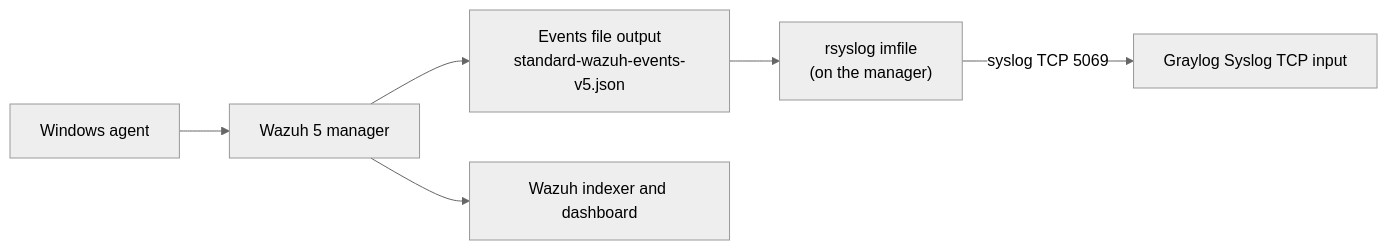
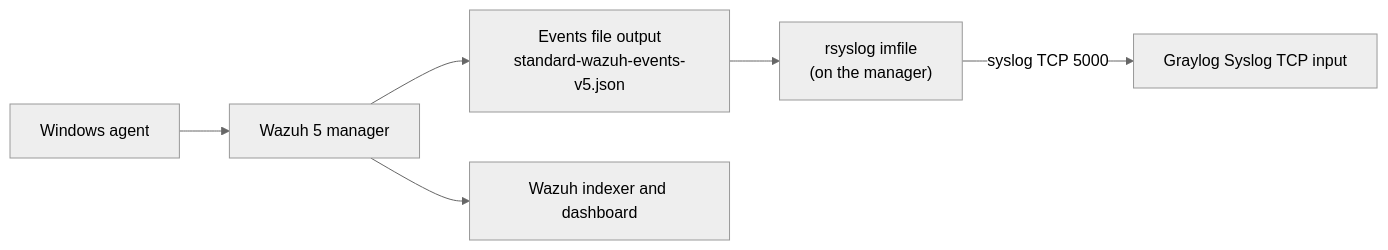
Before and after one commit to Ramkumar2545/wazuh5-graylog-rsyslog: the diagram in README.md, drawn with Mermaid (neutral theme).

````diff
--- a/README.md
+++ b/README.md
@@ -49,8 +49,8 @@
 ```mermaid
 flowchart LR
 	A["Windows agent"] --> B["Wazuh 5 manager"]
 	B --> C["Events file output<br>standard-wazuh-events-v5.json"]
 	C --> D["rsyslog imfile<br>(on the manager)"]
-	D -->|"syslog TCP 5069"| E["Graylog Syslog TCP input"]
+	D -->|"syslog TCP 5000"| E["Graylog Syslog TCP input"]
 	B --> F["Wazuh indexer and dashboard"]
 ```
````
